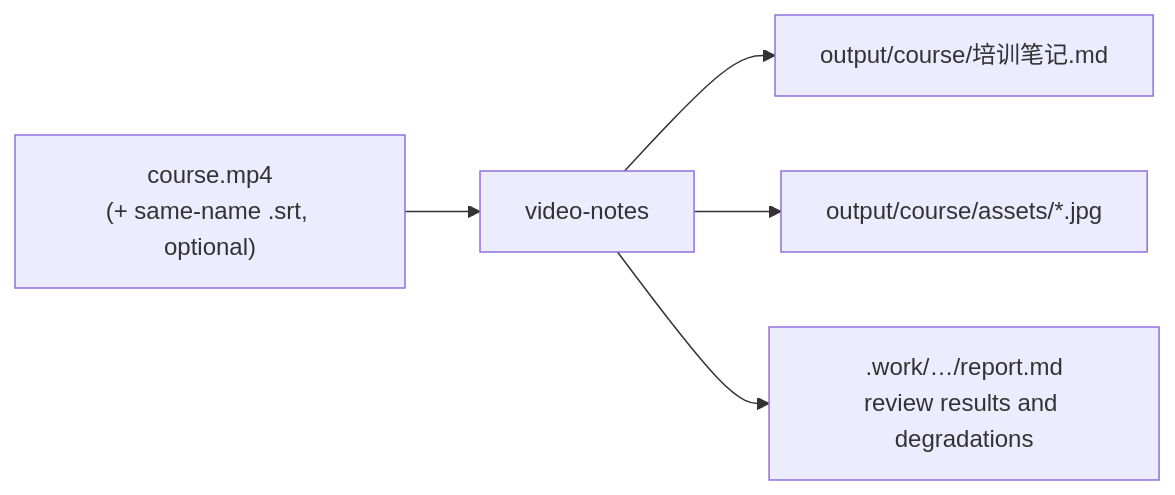
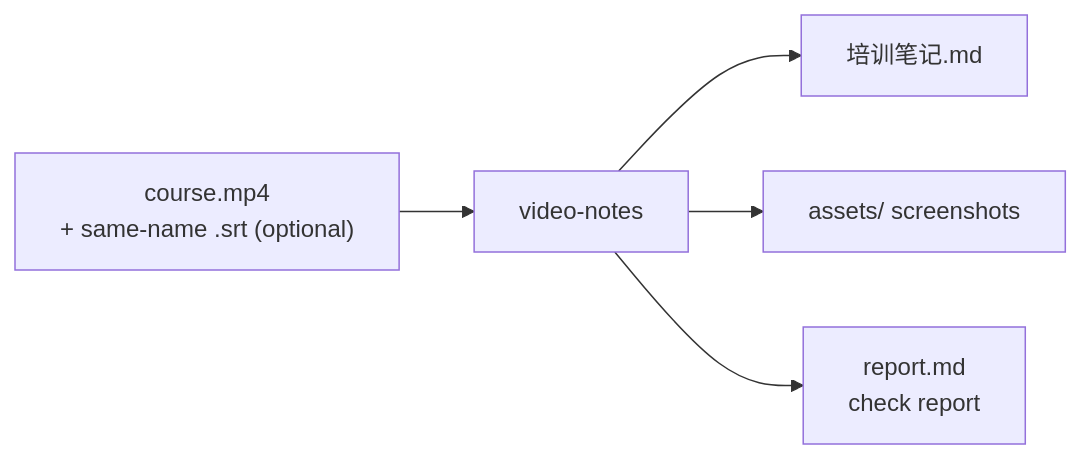
Before and after one commit to songyang8964/video-notes: the first of 7 diagrams in README.en.md, drawn with Mermaid. The commit also changed other lines of this file and 2 other files, not shown here.

Commit message:
README: usage first, short diagram labels, timeline as a table

````diff
--- a/README.en.md
+++ b/README.en.md
@@ -30,7 +30,7 @@
 ```mermaid
 flowchart LR
-    A["course.mp4<br/>(+ same-name .srt, optional)"] --> B["video-notes"]
-    B --> C["output/course/培训笔记.md"]
-    B --> D["output/course/assets/*.jpg"]
-    B --> E[".work/…/report.md<br/>review results and degradations"]
+    A["course.mp4<br/>+ same-name .srt (optional)"] --> B["video-notes"]
+    B --> C["培训笔记.md"]
+    B --> D["assets/ screenshots"]
+    B --> E["report.md<br/>check report"]
 ```
````
